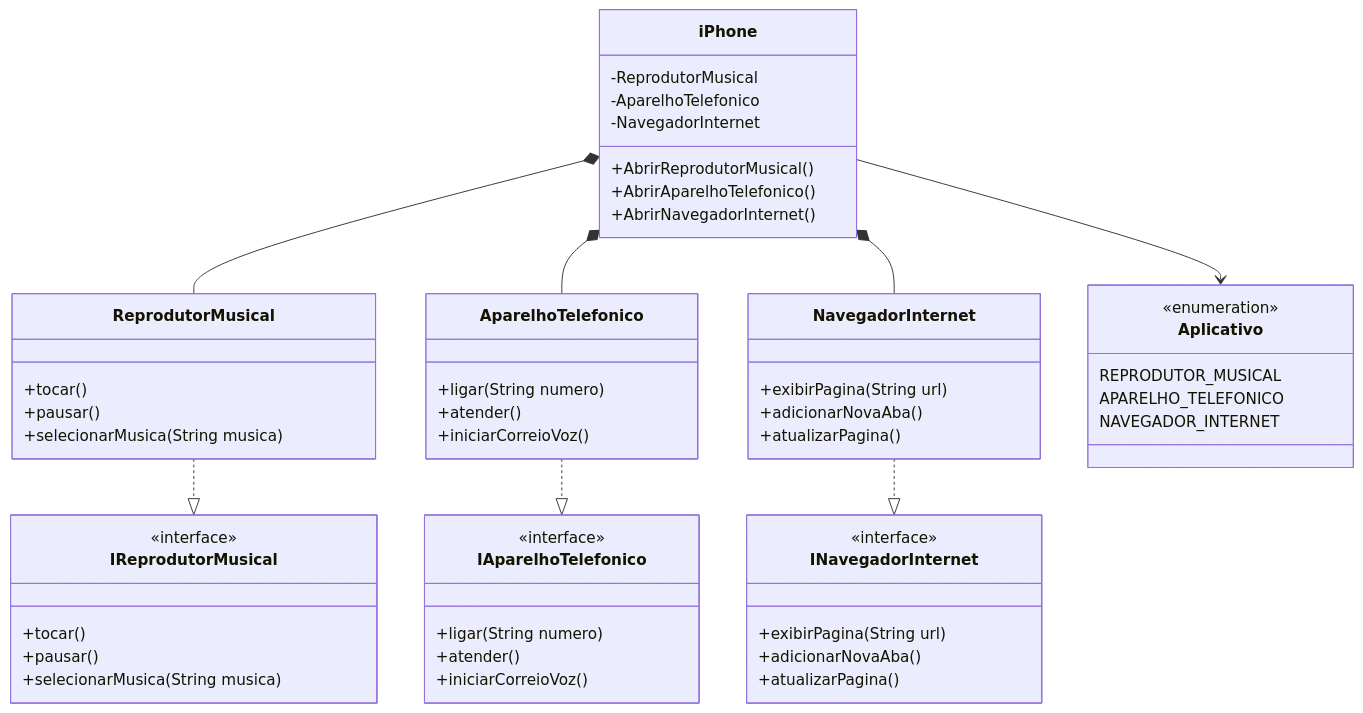
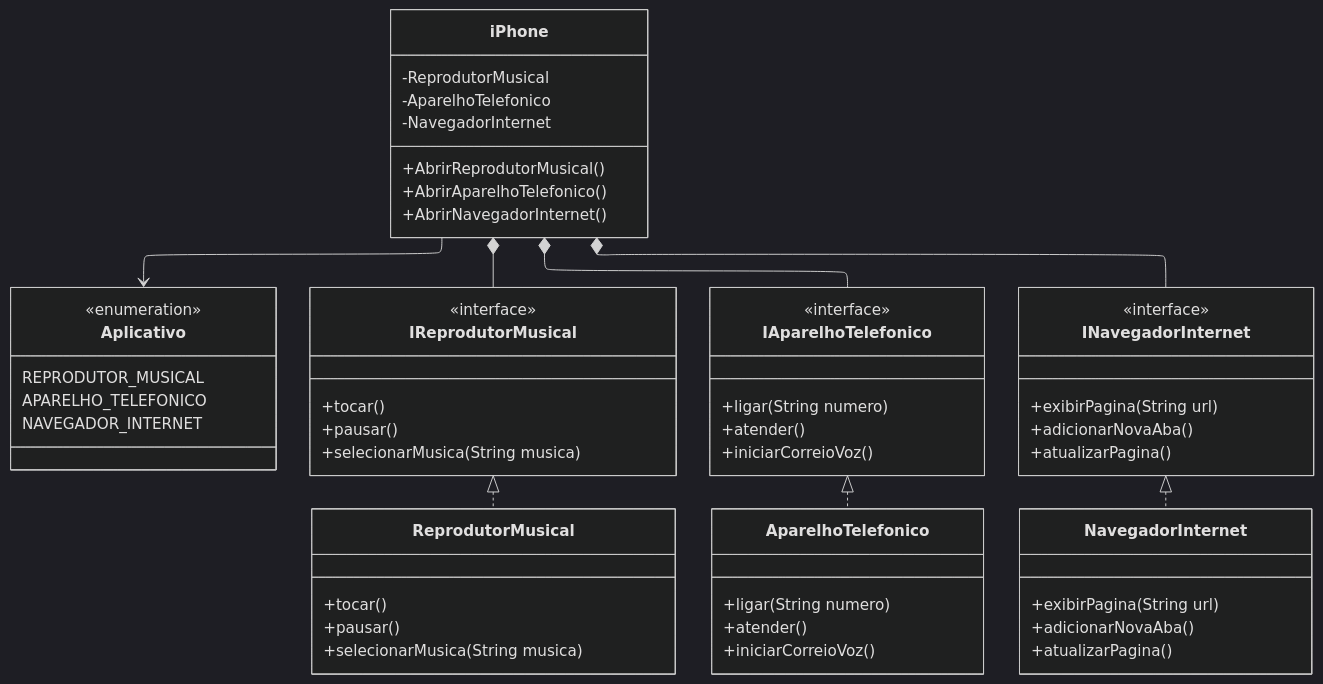
Before and after one commit to navegantes/poo-uml: the diagram in src/pooUML.md, drawn with Mermaid. The commit also changed 2 other files, not shown here.

Commit message:
refact: redesign graphs; change iPhone atributes

````diff
--- a/src/pooUML.md
+++ b/src/pooUML.md
@@ -1,69 +1,80 @@
 ```mermaid
+---
+config:
+  layout: elk
+  elk:
+    mergeEdges: false
+    nodePlacementStrategy: NETWORK_SIMPLEX
+  theme: dark
+---
 classDiagram
 
-    iPhone *-- ReprodutorMusical
-    iPhone *-- AparelhoTelefonico
-    iPhone *-- NavegadorInternet
-    iPhone --> Aplicativo
+    iPhone --> Aplicativo 
+    iPhone *-- IReprodutorMusical
+    iPhone *-- IAparelhoTelefonico
+    iPhone *-- INavegadorInternet
 
-    ReprodutorMusical ..|> IReprodutorMusical
-    AparelhoTelefonico ..|> IAparelhoTelefonico
-    NavegadorInternet ..|> INavegadorInternet
+    IReprodutorMusical  <|.. ReprodutorMusical
+    IAparelhoTelefonico <|.. AparelhoTelefonico
+    INavegadorInternet  <|.. NavegadorInternet 
+    
+
+    class iPhone {
+        -ReprodutorMusical
+        -AparelhoTelefonico
+        -NavegadorInternet
+
+      +AbrirReprodutorMusical()
+      +AbrirAparelhoTelefonico()
+      +AbrirNavegadorInternet()
+    }
+
+    class Aplicativo {
+    <<enumeration>>
+    REPRODUTOR_MUSICAL
+    APARELHO_TELEFONICO
+    NAVEGADOR_INTERNET
+    }
 
     class IReprodutorMusical {
     <<interface>> 
         +tocar()
         +pausar()
         +selecionarMusica(String musica)
     }
 
     class IAparelhoTelefonico {
     <<interface>> 
         +ligar(String numero)
         +atender()
         +iniciarCorreioVoz()
     }
 
     class INavegadorInternet {
     <<interface>> 
         +exibirPagina(String url)
         +adicionarNovaAba()
         +atualizarPagina()
     }
 
     class ReprodutorMusical {
         +tocar()
         +pausar()
         +selecionarMusica(String musica)
     }
 
     class AparelhoTelefonico {
         +ligar(String numero)
         +atender()
         +iniciarCorreioVoz()
     }
 
     class NavegadorInternet {
         +exibirPagina(String url)
         +adicionarNovaAba()
         +atualizarPagina()
     }
 
-    class iPhone {
-        -ReprodutorMusical
-        -AparelhoTelefonico
-        -NavegadorInternet
-
-      +AbrirReprodutorMusical()
-      +AbrirAparelhoTelefonico()
-      +AbrirNavegadorInternet()
-    }
-
-    class Aplicativo {
-    <<enumeration>>
-    REPRODUTOR_MUSICAL
-    APARELHO_TELEFONICO
-    NAVEGADOR_INTERNET
-    }
+    
 
 ```
````
